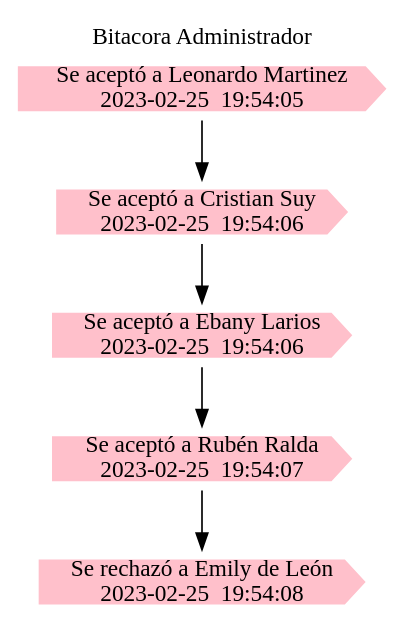
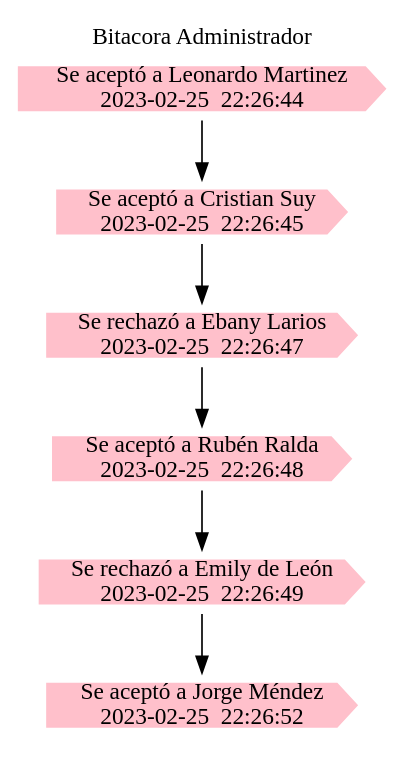
Before and after one commit to rubenralda/EDD_1S2023_PY_202111835: the diagram in EDD_Proyecto1_Fase1/textos/bitacoraAdmin.dot, drawn with Graphviz. The commit also changed 8 other files, not shown here.

```diff
--- a/EDD_Proyecto1_Fase1/textos/bitacoraAdmin.dot
+++ b/EDD_Proyecto1_Fase1/textos/bitacoraAdmin.dot
@@ -1,13 +1,14 @@
 digraph G{
 
 rankdir=TB; 
  node[shape=cds, style=filled, color=pink, fontname="Century Gothic"]; 
  graph [fontname="Century Gothic"]; 
  labelloc="t"; label="Bitacora Administrador"; 
-0[label="Se aceptó a Leonardo Martinez\n2023-02-25  19:54:05"]
-1[label="Se aceptó a Cristian Suy\n2023-02-25  19:54:06"]
-2[label="Se aceptó a Ebany Larios\n2023-02-25  19:54:06"]
-3[label="Se aceptó a Rubén Ralda\n2023-02-25  19:54:07"]
-4[label="Se rechazó a Emily de León\n2023-02-25  19:54:08"]
-0 -> 1 -> 2 -> 3 -> 4
+0[label="Se aceptó a Leonardo Martinez\n2023-02-25  22:26:44"]
+1[label="Se aceptó a Cristian Suy\n2023-02-25  22:26:45"]
+2[label="Se rechazó a Ebany Larios\n2023-02-25  22:26:47"]
+3[label="Se aceptó a Rubén Ralda\n2023-02-25  22:26:48"]
+4[label="Se rechazó a Emily de León\n2023-02-25  22:26:49"]
+5[label="Se aceptó a Jorge Méndez\n2023-02-25  22:26:52"]
+0 -> 1 -> 2 -> 3 -> 4 -> 5
 }
```
